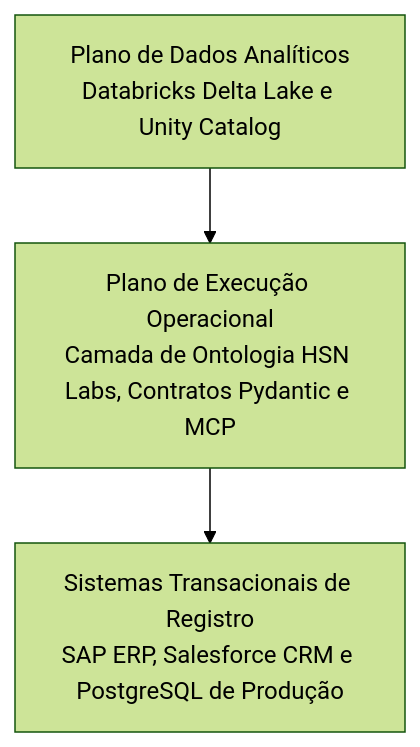
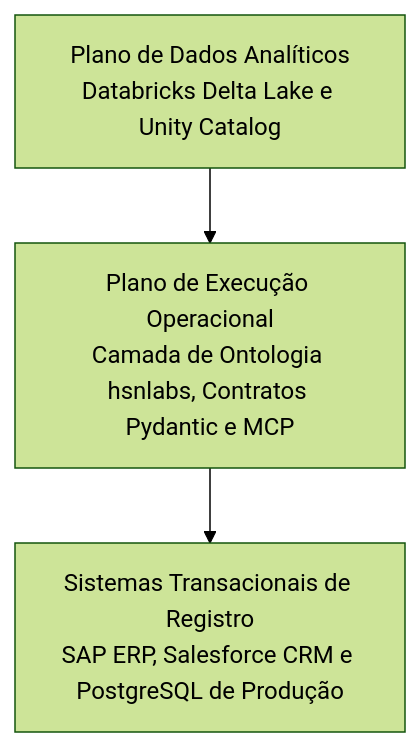
Before and after one commit to hsnlabs-ai/blog: the diagram in docs/pt/post/palantir-vs-databricks-arquitetura-agentes.md, drawn with Mermaid (forest theme). The commit also changed other lines of this file and 245 other files, not shown here.

````diff
--- a/docs/pt/post/palantir-vs-databricks-arquitetura-agentes.md
+++ b/docs/pt/post/palantir-vs-databricks-arquitetura-agentes.md
@@ -102,5 +102,5 @@
 ```mermaid
 flowchart TD
-    A["Plano de Dados Analíticos<br>Databricks Delta Lake e Unity Catalog"] --> B["Plano de Execução Operacional<br>Camada de Ontologia HSN Labs, Contratos Pydantic e MCP"]
+    A["Plano de Dados Analíticos<br>Databricks Delta Lake e Unity Catalog"] --> B["Plano de Execução Operacional<br>Camada de Ontologia hsnlabs, Contratos Pydantic e MCP"]
     B --> C["Sistemas Transacionais de Registro<br>SAP ERP, Salesforce CRM e PostgreSQL de Produção"]
 ```
````
